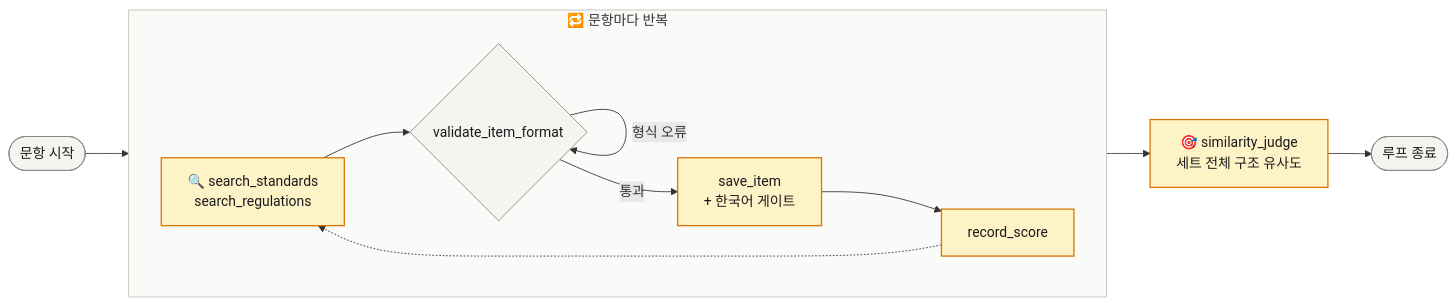
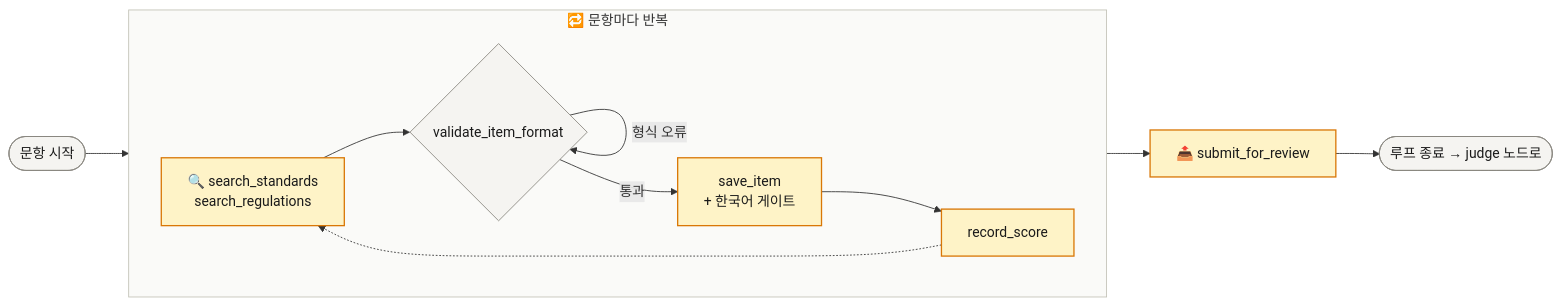
One commit to MachuEngine/bunpil changed the second of 7 diagrams in README.md. Above: the diagram before and after it, drawn with Mermaid. The commit also changed other lines of this file and 14 other files, not shown here.

````diff
--- a/README.md
+++ b/README.md
@@ -101,29 +138,29 @@
 ```mermaid
 flowchart LR
     Start(["문항 시작"])
 
     subgraph Loop["🔁 문항마다 반복"]
         direction LR
         Search["🔍 search_standards<br/>search_regulations"]
         Validate{"validate_item_format"}
         Save["save_item<br/>+ 한국어 게이트"]
         Score["record_score"]
 
         Search --> Validate
         Validate -- "형식 오류" --> Validate
         Validate -- "통과" --> Save --> Score
         Score -.-> Search
     end
 
-    Judge["🎯 similarity_judge<br/>세트 전체 구조 유사도"]
-    End(["루프 종료"])
+    Submit["📤 submit_for_review"]
+    End(["루프 종료 → judge 노드로"])
 
-    Start --> Loop --> Judge --> End
+    Start --> Loop --> Submit --> End
 
     class Start,End,Validate neutral
-    class Search,Save,Score,Judge exam
+    class Search,Save,Score,Submit exam
     style Loop fill:#FAFAF8,stroke:#C3C2B7,stroke-width:1px
 
     classDef neutral fill:#F5F4F1,stroke:#8A8880,stroke-width:1px,color:#1A1A1A
     classDef exam fill:#FEF3C7,stroke:#D97706,stroke-width:1.5px,color:#1A1A1A
 ```
````
